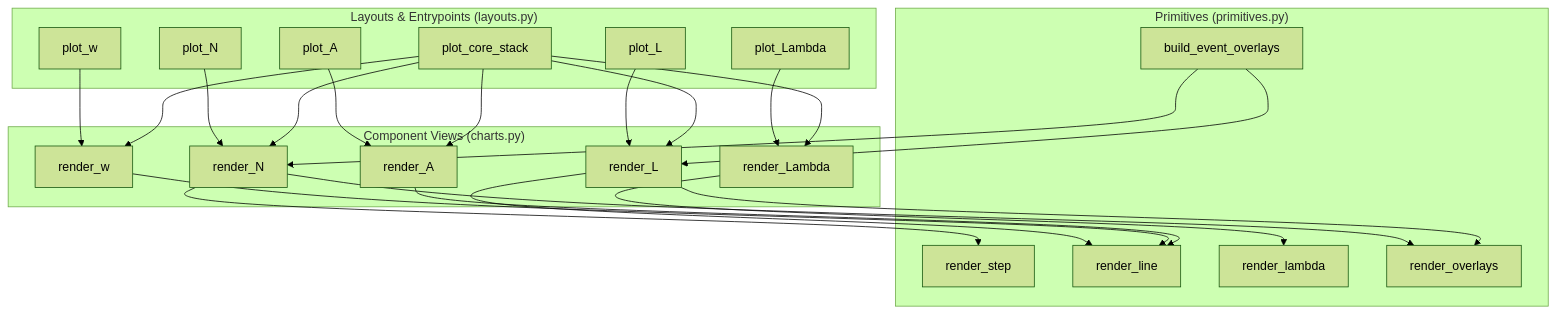
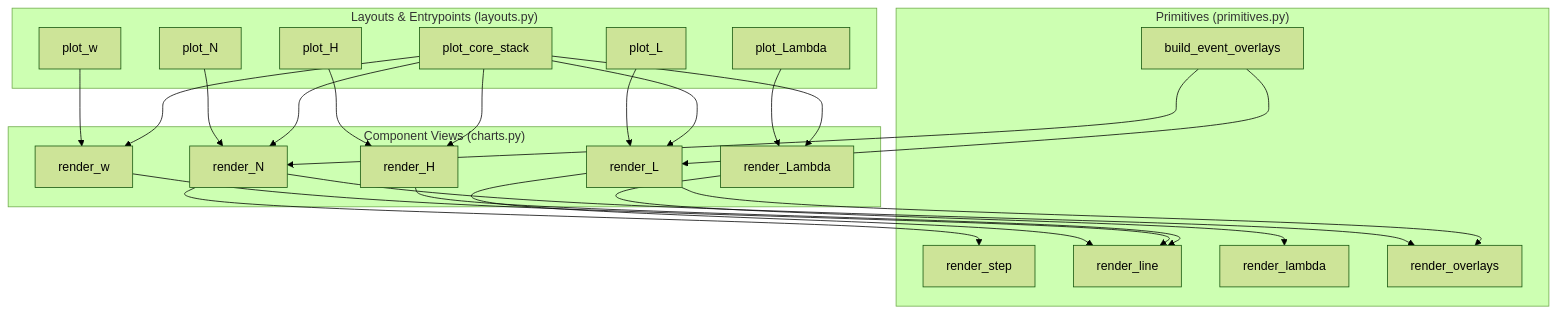
The diagram in decisions/diagrams/003.1-plot-call-chain-proposed.md (presence-calculus/samplepath-flow), drawn with Mermaid (forest theme) before and after one commit. The commit also changed 14 other files, not shown here.

First line of the commit message:
[9]: (A(T) chart updates): Merge at-chart-updates to main

````diff
--- a/decisions/diagrams/003.1-plot-call-chain-proposed.md
+++ b/decisions/diagrams/003.1-plot-call-chain-proposed.md
@@ -1,61 +1,61 @@
 ```mermaid
 flowchart TD
     %% Layer 1: primitives (backend-adjacent)
     subgraph Layer1["Primitives (primitives.py)"]
         render_step
         render_line
         render_lambda
         render_overlays
         build_event_overlays
     end
 
     %% Layer 2: component views (chart recipes)
     subgraph Layer2["Component Views (charts.py)"]
         render_N
         render_L
         render_Lambda
         render_w
-        render_A
+        render_H
     end
 
     %% Layer 3: layouts/entrypoints (core.py or layout module)
     subgraph Layer3["Layouts & Entrypoints (layouts.py)"]
         plot_N
         plot_L
         plot_Lambda
         plot_w
-        plot_A
+        plot_H
         plot_core_stack
     end
 
     %% Data helpers
     build_event_overlays --> render_N
     build_event_overlays --> render_L
 
     %% Views use primitives
     render_N --> render_step
     render_N --> render_overlays
 
     render_L --> render_line
     render_L --> render_overlays
 
     render_Lambda --> render_lambda
 
     render_w --> render_line
 
-    render_A --> render_line
+    render_H --> render_line
 
     %% Layout calls views
     plot_N --> render_N
     plot_L --> render_L
     plot_Lambda --> render_Lambda
     plot_w --> render_w
-    plot_A --> render_A
+    plot_H --> render_H
 
     %% Composite stack orchestrates multiple views
     plot_core_stack --> render_N
     plot_core_stack --> render_L
     plot_core_stack --> render_Lambda
     plot_core_stack --> render_w
-    plot_core_stack --> render_A
+    plot_core_stack --> render_H
 ```
````
